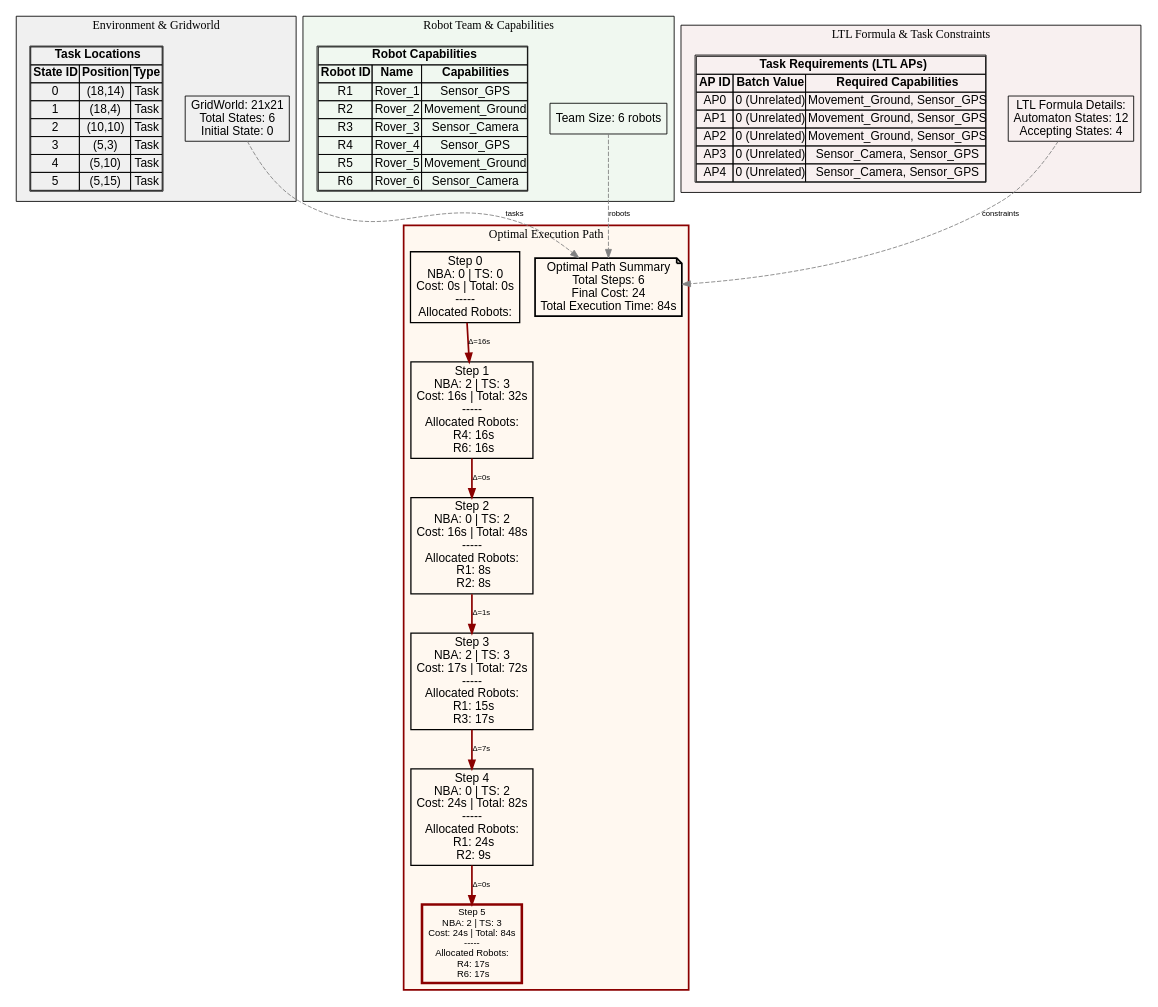
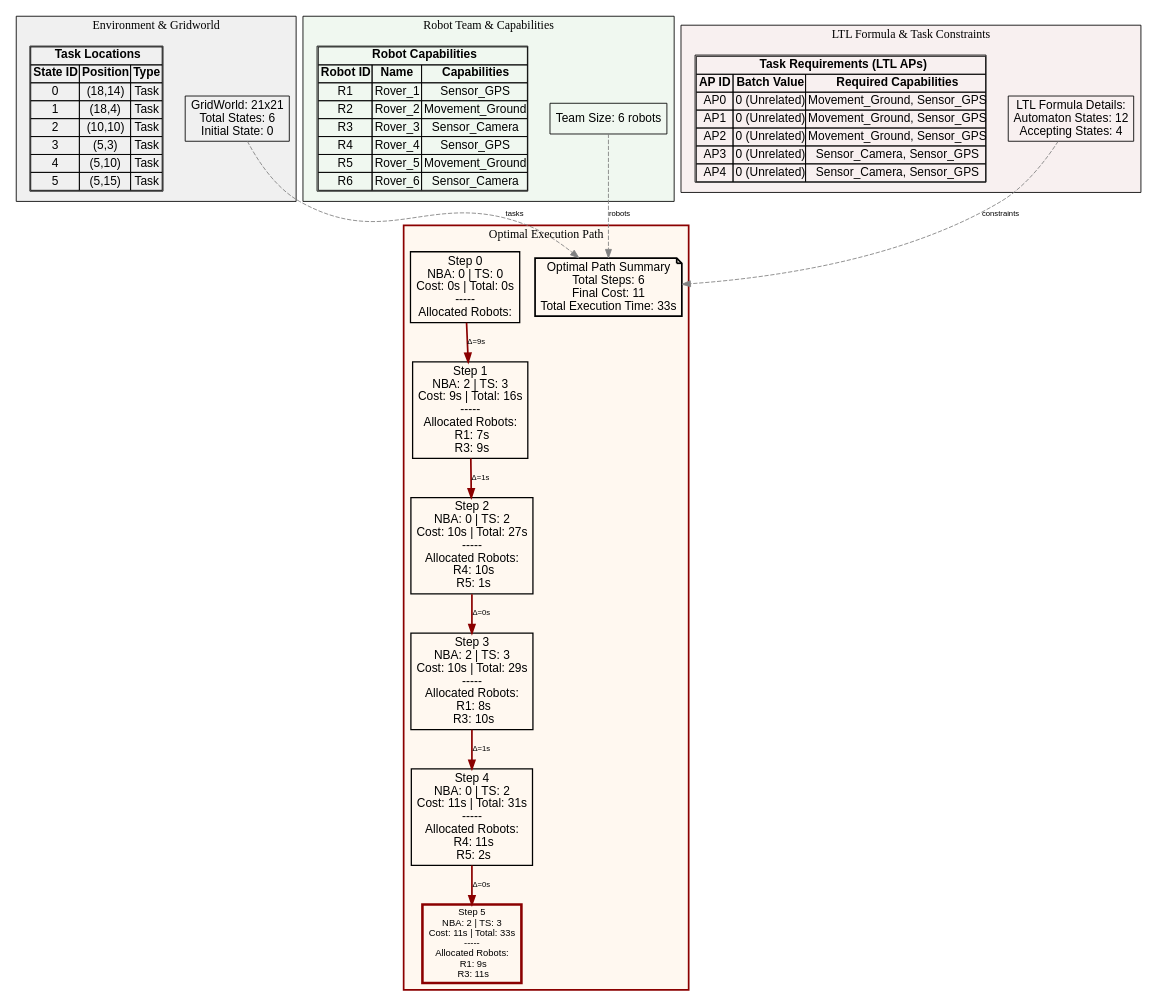
One commit to jrourke48/HMRTA_TS_GENERATION changed the diagram in MCTB-PDT/output/infinite_test_4_path.dot. Above: the diagram before and after it, drawn with Graphviz. The commit also changed 86 other files, not shown here.

```diff
--- a/MCTB-PDT/output/infinite_test_4_path.dot
+++ b/MCTB-PDT/output/infinite_test_4_path.dot
@@ -1,100 +1,100 @@
 digraph ComprehensiveOptimalPath {
   rankdir=TB;
   concentrate=true;
   node [fontname=Arial];
   edge [fontname=Arial, fontsize=9];
 
   subgraph cluster_environment {
     label="Environment & Gridworld";
     style=filled;
     fillcolor="#F0F0F0";
     color=black;
 
     env_info [shape=box, label="GridWorld: 21x21\nTotal States: 6\nInitial State: 0\n", fillcolor="#E8F4F8"];
 
     env_tasks [shape=plaintext, label=<
       <TABLE BORDER="1" CELLBORDER="1" CELLSPACING="0">
         <TR><TD COLSPAN="3"><B>Task Locations</B></TD></TR>
         <TR><TD><B>State ID</B></TD><TD><B>Position</B></TD><TD><B>Type</B></TD></TR>
         <TR><TD>0</TD><TD>(18,14)</TD><TD>Task</TD></TR>
         <TR><TD>1</TD><TD>(18,4)</TD><TD>Task</TD></TR>
         <TR><TD>2</TD><TD>(10,10)</TD><TD>Task</TD></TR>
         <TR><TD>3</TD><TD>(5,3)</TD><TD>Task</TD></TR>
         <TR><TD>4</TD><TD>(5,10)</TD><TD>Task</TD></TR>
         <TR><TD>5</TD><TD>(5,15)</TD><TD>Task</TD></TR>
       </TABLE>
     >];
   }
 
   subgraph cluster_robots {
     label="Robot Team & Capabilities";
     style=filled;
     fillcolor="#F0F8F0";
     color=black;
 
     team_info [shape=box, label="Team Size: 6 robots\n", fillcolor="#E8F8E8"];
 
     robot_caps [shape=plaintext, label=<
       <TABLE BORDER="1" CELLBORDER="1" CELLSPACING="0">
         <TR><TD COLSPAN="3"><B>Robot Capabilities</B></TD></TR>
         <TR><TD><B>Robot ID</B></TD><TD><B>Name</B></TD><TD><B>Capabilities</B></TD></TR>
         <TR><TD>R1</TD><TD>Rover_1</TD><TD>Sensor_GPS</TD></TR>
         <TR><TD>R2</TD><TD>Rover_2</TD><TD>Movement_Ground</TD></TR>
         <TR><TD>R3</TD><TD>Rover_3</TD><TD>Sensor_Camera</TD></TR>
         <TR><TD>R4</TD><TD>Rover_4</TD><TD>Sensor_GPS</TD></TR>
         <TR><TD>R5</TD><TD>Rover_5</TD><TD>Movement_Ground</TD></TR>
         <TR><TD>R6</TD><TD>Rover_6</TD><TD>Sensor_Camera</TD></TR>
       </TABLE>
     >];
   }
 
   subgraph cluster_ltl {
     label="LTL Formula & Task Constraints";
     style=filled;
     fillcolor="#F8F0F0";
     color=black;
 
     ltl_info [shape=box, label="LTL Formula Details:\nAutomaton States: 12\nAccepting States: 4\n", fillcolor="#F8E8E8"];
 
     ltl_tasks [shape=plaintext, label=<
       <TABLE BORDER="1" CELLBORDER="1" CELLSPACING="0">
         <TR><TD COLSPAN="3"><B>Task Requirements (LTL APs)</B></TD></TR>
         <TR><TD><B>AP ID</B></TD><TD><B>Batch Value</B></TD><TD><B>Required Capabilities</B></TD></TR>
         <TR><TD>AP0</TD><TD>0 (Unrelated)</TD><TD>Movement_Ground, Sensor_GPS</TD></TR>
         <TR><TD>AP1</TD><TD>0 (Unrelated)</TD><TD>Movement_Ground, Sensor_GPS</TD></TR>
         <TR><TD>AP2</TD><TD>0 (Unrelated)</TD><TD>Movement_Ground, Sensor_GPS</TD></TR>
         <TR><TD>AP3</TD><TD>0 (Unrelated)</TD><TD>Sensor_Camera, Sensor_GPS</TD></TR>
         <TR><TD>AP4</TD><TD>0 (Unrelated)</TD><TD>Sensor_Camera, Sensor_GPS</TD></TR>
       </TABLE>
     >];
   }
 
   subgraph cluster_path {
     label="Optimal Execution Path";
     style=filled;
     fillcolor="#FFF8F0";
     color=darkred;
     penwidth=2;
 
-    path_summary [shape=note, label="Optimal Path Summary\nTotal Steps: 6\nFinal Cost: 24\nTotal Execution Time: 84s\n", fillcolor="#FFFFCC", penwidth=2];
+    path_summary [shape=note, label="Optimal Path Summary\nTotal Steps: 6\nFinal Cost: 11\nTotal Execution Time: 33s\n", fillcolor="#FFFFCC", penwidth=2];
 
     opt_0 [shape=box, label="Step 0\nNBA: 0 | TS: 0\nCost: 0s | Total: 0s\n-----\nAllocated Robots:\n", fillcolor="#B3E5FC", penwidth=1.5];
-    opt_1 [shape=box, label="Step 1\nNBA: 2 | TS: 3\nCost: 16s | Total: 32s\n-----\nAllocated Robots:\n  R4: 16s\n  R6: 16s\n", fillcolor="#B3E5FC", penwidth=1.5];
-    opt_2 [shape=box, label="Step 2\nNBA: 0 | TS: 2\nCost: 16s | Total: 48s\n-----\nAllocated Robots:\n  R1: 8s\n  R2: 8s\n", fillcolor="#B3E5FC", penwidth=1.5];
-    opt_3 [shape=box, label="Step 3\nNBA: 2 | TS: 3\nCost: 17s | Total: 72s\n-----\nAllocated Robots:\n  R1: 15s\n  R3: 17s\n", fillcolor="#B3E5FC", penwidth=1.5];
-    opt_4 [shape=box, label="Step 4\nNBA: 0 | TS: 2\nCost: 24s | Total: 82s\n-----\nAllocated Robots:\n  R1: 24s\n  R2: 9s\n", fillcolor="#B3E5FC", penwidth=1.5];
-    opt_5 [shape=box, label="Step 5\nNBA: 2 | TS: 3\nCost: 24s | Total: 84s\n-----\nAllocated Robots:\n  R4: 17s\n  R6: 17s\n", fillcolor="#FF6B6B", penwidth=3, color=darkred, fontweight=bold, fontsize=11];
+    opt_1 [shape=box, label="Step 1\nNBA: 2 | TS: 3\nCost: 9s | Total: 16s\n-----\nAllocated Robots:\n  R1: 7s\n  R3: 9s\n", fillcolor="#B3E5FC", penwidth=1.5];
+    opt_2 [shape=box, label="Step 2\nNBA: 0 | TS: 2\nCost: 10s | Total: 27s\n-----\nAllocated Robots:\n  R4: 10s\n  R5: 1s\n", fillcolor="#B3E5FC", penwidth=1.5];
+    opt_3 [shape=box, label="Step 3\nNBA: 2 | TS: 3\nCost: 10s | Total: 29s\n-----\nAllocated Robots:\n  R1: 8s\n  R3: 10s\n", fillcolor="#B3E5FC", penwidth=1.5];
+    opt_4 [shape=box, label="Step 4\nNBA: 0 | TS: 2\nCost: 11s | Total: 31s\n-----\nAllocated Robots:\n  R4: 11s\n  R5: 2s\n", fillcolor="#B3E5FC", penwidth=1.5];
+    opt_5 [shape=box, label="Step 5\nNBA: 2 | TS: 3\nCost: 11s | Total: 33s\n-----\nAllocated Robots:\n  R1: 9s\n  R3: 11s\n", fillcolor="#FF6B6B", penwidth=3, color=darkred, fontweight=bold, fontsize=11];
 
-    opt_0 -> opt_1 [label="Δ=16s", penwidth=2, color=darkred];
-    opt_1 -> opt_2 [label="Δ=0s", penwidth=2, color=darkred];
-    opt_2 -> opt_3 [label="Δ=1s", penwidth=2, color=darkred];
-    opt_3 -> opt_4 [label="Δ=7s", penwidth=2, color=darkred];
+    opt_0 -> opt_1 [label="Δ=9s", penwidth=2, color=darkred];
+    opt_1 -> opt_2 [label="Δ=1s", penwidth=2, color=darkred];
+    opt_2 -> opt_3 [label="Δ=0s", penwidth=2, color=darkred];
+    opt_3 -> opt_4 [label="Δ=1s", penwidth=2, color=darkred];
     opt_4 -> opt_5 [label="Δ=0s", penwidth=2, color=darkred];
   }
 
   // Connections between clusters
   env_info -> path_summary [style=dashed, color=gray, label="tasks"];
   team_info -> path_summary [style=dashed, color=gray, label="robots"];
   ltl_info -> path_summary [style=dashed, color=gray, label="constraints"];
 
 }
```
